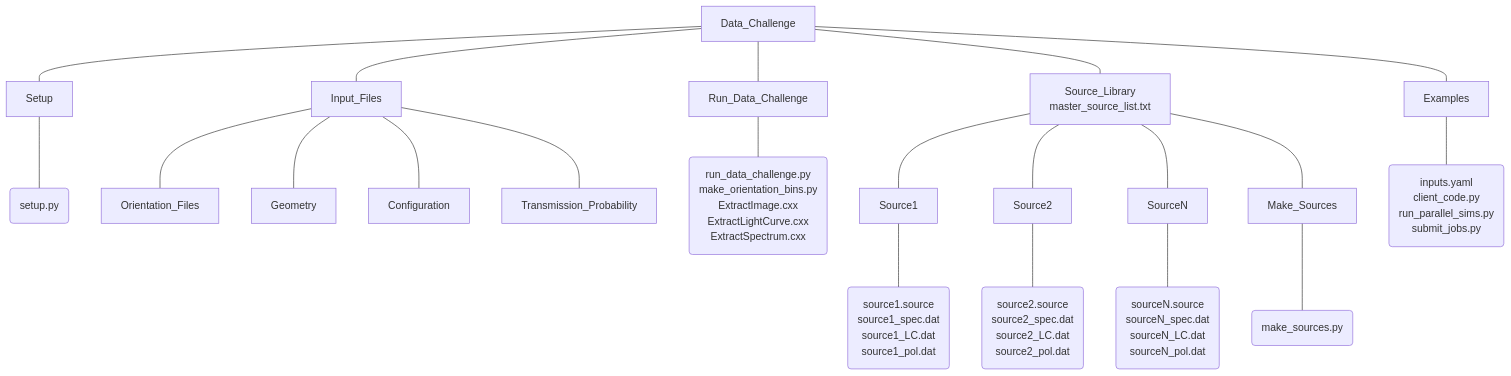
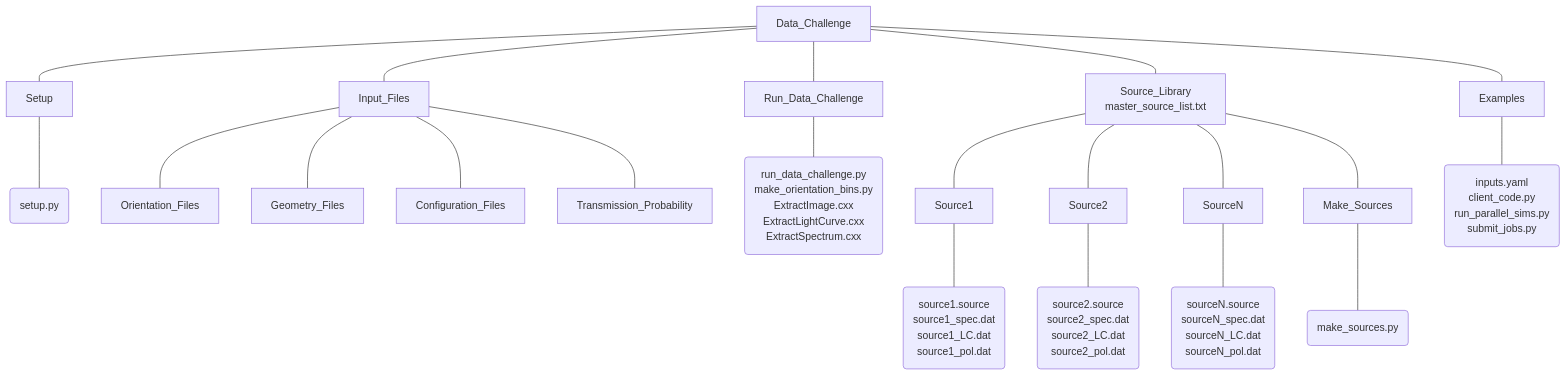
Before and after one commit to ckarwin/COSI: the diagram in Data_Challenge_Home/README.md, drawn with Mermaid.

````diff
--- a/Data_Challenge_Home/README.md
+++ b/Data_Challenge_Home/README.md
@@ -18,20 +18,20 @@
 ```mermaid
 %%{init: {'theme':'default'}}%%
 graph TD;
     A[Data_Challenge] --- B[Setup] & C[Input_Files] & D[Run_Data_Challenge] & E[Source_Library<br>master_source_list.txt] & F[Examples];
     B --- Ba(setup.py);
     C --- Ca["Orientation_Files"];
-    C --- Cb[Geometry];
-    C --- Cd[Configuration];
+    C --- Cb[Geometry_Files];
+    C --- Cd[Configuration_Files];
     C --- Ce["Transmission_Probability"];
     D --- Da(run_data_challenge.py<br>make_orientation_bins.py<br>ExtractImage.cxx<br>ExtractLightCurve.cxx<br>ExtractSpectrum.cxx);
     E --- Ea[Source1];
     E --- Eb[Source2];
     E --- Ec[SourceN];
     E --- Ed[Make_Sources];
     Ea --- Eaa(source1.source<br>source1_spec.dat<br>source1_LC.dat<br>source1_pol.dat);
     Eb --- Ebb(source2.source<br>source2_spec.dat<br>source2_LC.dat<br>source2_pol.dat);
     Ec --- Ecc(sourceN.source<br>sourceN_spec.dat<br>sourceN_LC.dat<br>sourceN_pol.dat);
     Ed --- Edd(make_sources.py);
     F --- Fa(inputs.yaml<br>client_code.py<br>run_parallel_sims.py<br>submit_jobs.py);
 ```
````
